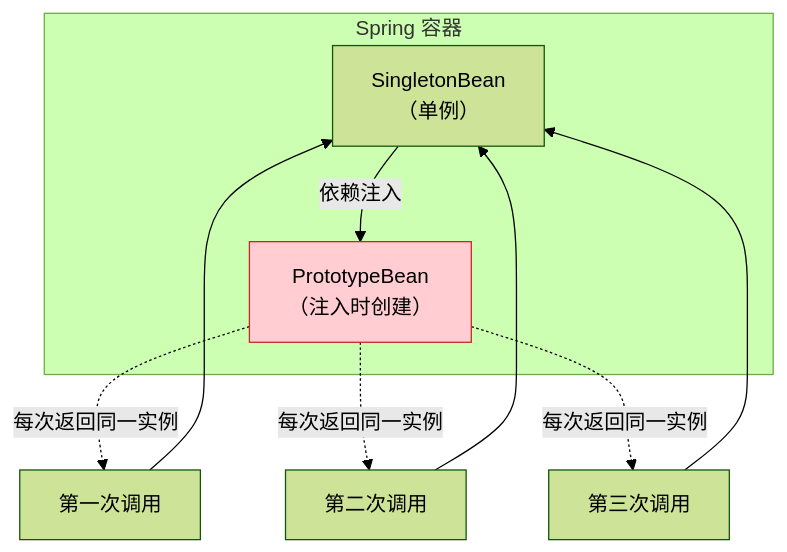
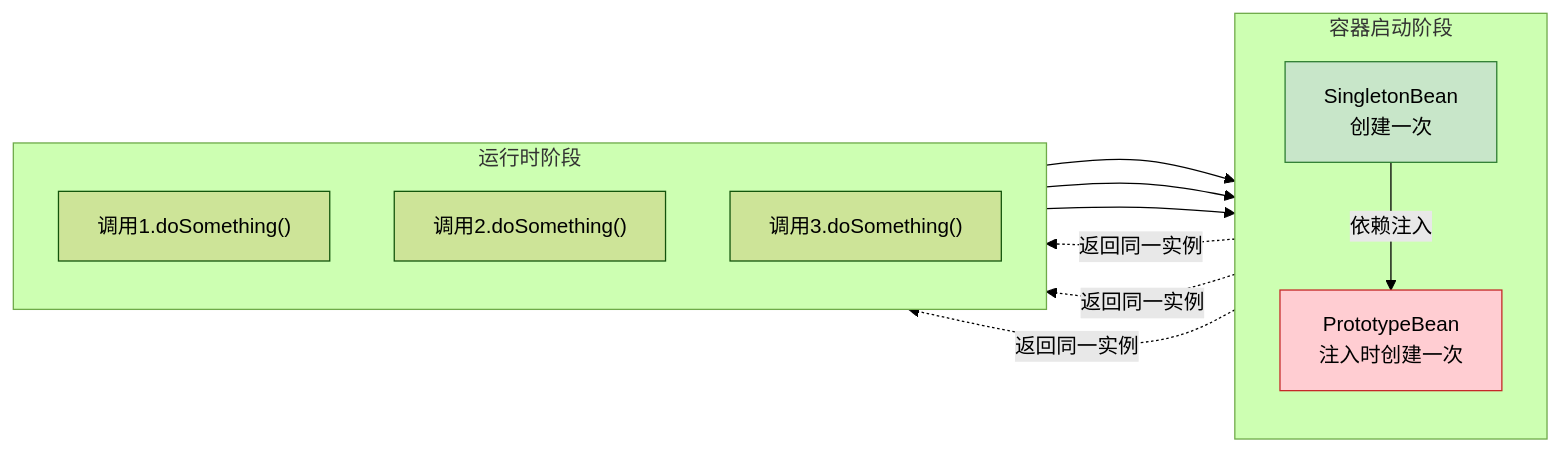
The fourth of 6 diagrams in Spring Bean 作用域详解.md (watslab/interview_doc), drawn with Mermaid (forest theme) before and after one commit. The commit also changed other lines of this file, not shown here.

Commit message:
更新技术文档 - Spring Bean 作用域详解.md：优化问题图解为时序图

````diff
--- a/Spring Bean 作用域详解.md
+++ b/Spring Bean 作用域详解.md
@@ -144,19 +155,27 @@
 ```mermaid
-flowchart TB
-    subgraph Container["Spring 容器"]
-        S["SingletonBean<br/>（单例）"]
-        P["PrototypeBean<br/>（注入时创建）"]
+flowchart LR
+    subgraph 容器启动阶段
+        direction TB
+        S["SingletonBean<br/>创建一次"]
+        P["PrototypeBean<br/>注入时创建一次"]
+        S -->|"依赖注入"| P
     end
     
-    S -->|"依赖注入"| P
+    subgraph 运行时阶段
+        direction TB
+        C1["调用1.doSomething()"]
+        C2["调用2.doSomething()"]
+        C3["调用3.doSomething()"]
+    end
     
-    R1["第一次调用"] --> S
-    R2["第二次调用"] --> S
-    R3["第三次调用"] --> S
+    C1 --> S
+    C2 --> S
+    C3 --> S
     
-    P -.->|"每次返回同一实例"| R1
-    P -.->|"每次返回同一实例"| R2
-    P -.->|"每次返回同一实例"| R3
+    P -.->|"返回同一实例"| C1
+    P -.->|"返回同一实例"| C2
+    P -.->|"返回同一实例"| C3
     
+    style S fill:#c8e6c9,stroke:#2e7d32
     style P fill:#ffcdd2,stroke:#c62828
 ```
````
